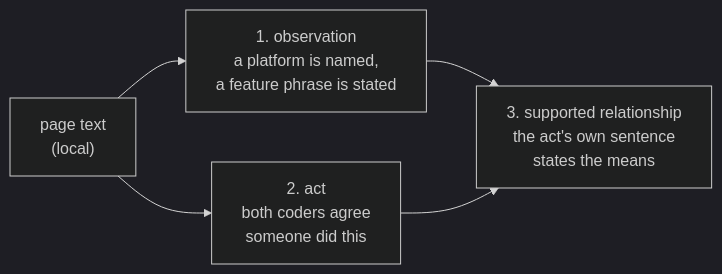
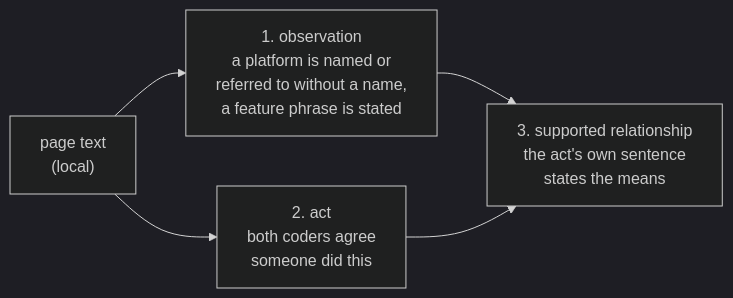
Before and after one commit to mrinaalr/CaseLinker: the diagram in state_machines/observations/README.md, drawn with Mermaid (dark theme). The commit also changed other lines of this file and 25 other files, not shown here.

````diff
--- a/state_machines/observations/README.md
+++ b/state_machines/observations/README.md
@@ -19,7 +20,7 @@
 ```mermaid
 flowchart LR
-  pages["page text<br/>(local)"] --> obs["1. observation<br/>a platform is named,<br/>a feature phrase is stated"]
+  pages["page text<br/>(local)"] --> obs["1. observation<br/>a platform is named or<br/>referred to without a name,<br/>a feature phrase is stated"]
   pages --> acts["2. act<br/>both coders agree<br/>someone did this"]
   obs --> rel["3. supported relationship<br/>the act's own sentence<br/>states the means"]
   acts --> rel
 ```
````
